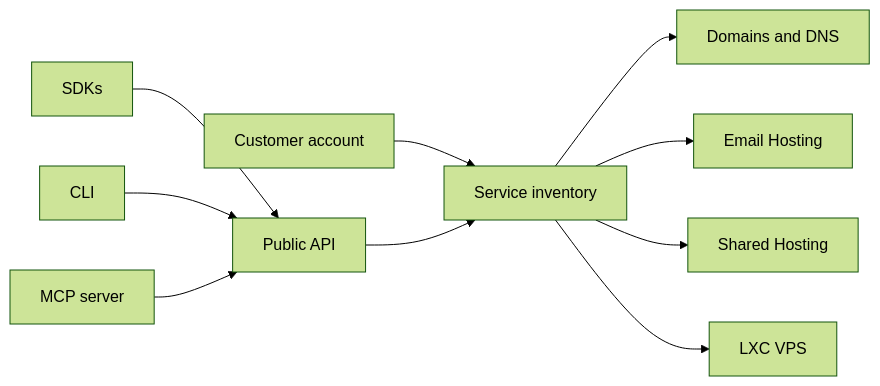
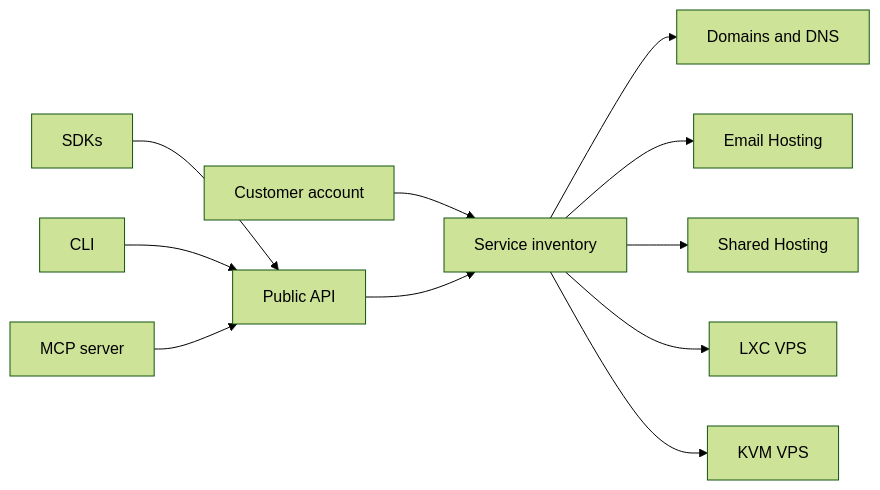
The diagram in platform/architecture.mdx (KmerHosting/docs), drawn with Mermaid (forest theme) before and after one commit. The commit also changed other lines of this file and 27 other files, not shown here.

````diff
--- a/platform/architecture.mdx
+++ b/platform/architecture.mdx
@@ -10,12 +10,13 @@
 ```mermaid
 flowchart LR
   Account[Customer account] --> Inventory[Service inventory]
   Inventory --> Domains[Domains and DNS]
   Inventory --> Email[Email Hosting]
   Inventory --> Hosting[Shared Hosting]
-  Inventory --> VPS[LXC VPS]
+  Inventory --> LXC[LXC VPS]
+  Inventory --> KVM[KVM VPS]
   API[Public API] --> Inventory
   SDK[SDKs] --> API
   CLI[CLI] --> API
   MCP[MCP server] --> API
 ```
````
